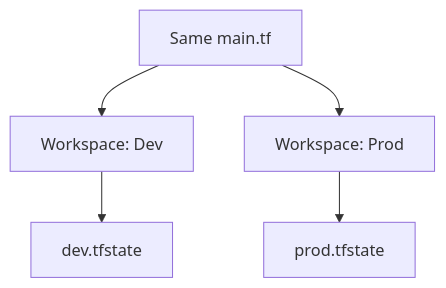
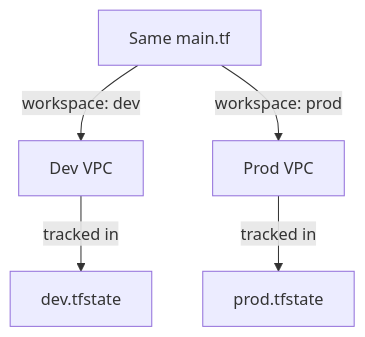
Before and after one commit to Ritik12062002/Terraform_RoadMap: the diagram in terraform_roadmap/labs/day12-workspaces/README.md, drawn with Mermaid. The commit also changed other lines of this file and 17 other files, not shown here.

Commit message:
Terraform Roadmap

````diff
--- a/terraform_roadmap/labs/day12-workspaces/README.md
+++ b/terraform_roadmap/labs/day12-workspaces/README.md
@@ -27,7 +38,7 @@
 ```mermaid
 graph TD
-    Code[Same main.tf] --> DevWS[Workspace: Dev]
-    Code --> ProdWS[Workspace: Prod]
-    DevWS --> DevState[dev.tfstate]
-    ProdWS --> ProdState[prod.tfstate]
+    Code[Same main.tf] -- workspace: dev --> S1[Dev VPC]
+    Code -- workspace: prod --> S2[Prod VPC]
+    S1 -- tracked in --> State1[dev.tfstate]
+    S2 -- tracked in --> State2[prod.tfstate]
 ```
````
